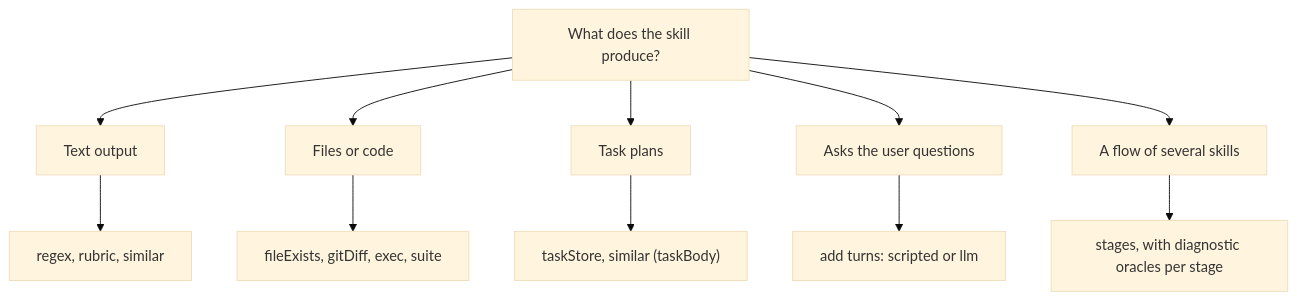
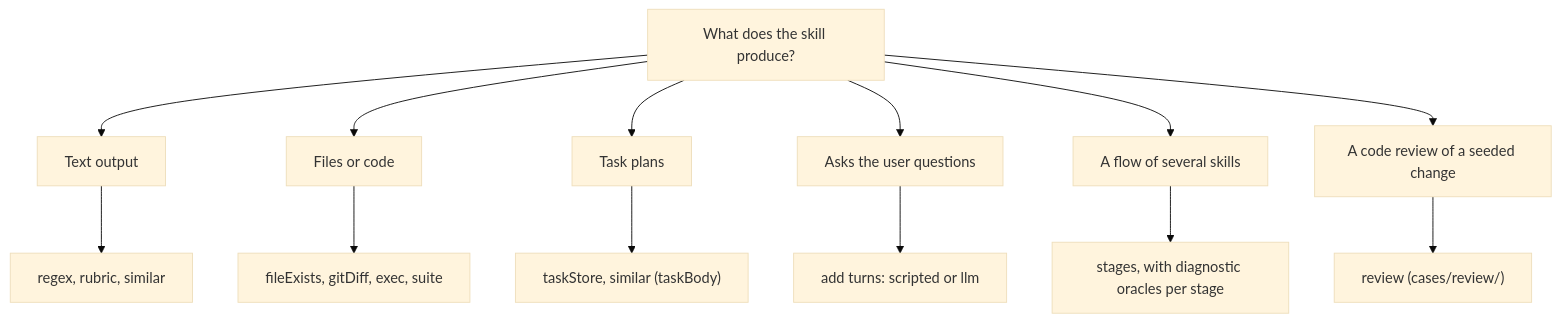
The fourth of 4 diagrams in ARCHITECTURE.md (rse/ase-eval), drawn with Mermaid (base theme) before and after one commit. The commit also changed 171 other files, not shown here.

````diff
--- a/ARCHITECTURE.md
+++ b/ARCHITECTURE.md
@@ -107,9 +107,10 @@
 ```mermaid
 flowchart TD
     Q["What does the skill produce?"]
     Q --> T["Text output"] --> T1["regex, rubric, similar"]
     Q --> F["Files or code"] --> F1["fileExists, gitDiff, exec, suite"]
     Q --> P["Task plans"] --> P1["taskStore, similar (taskBody)"]
     Q --> I["Asks the user questions"] --> I1["add turns: scripted or llm"]
     Q --> S["A flow of several skills"] --> S1["stages, with diagnostic oracles per stage"]
+    Q --> R["A code review of a seeded change"] --> R1["review (cases/review/)"]
 ```
````
